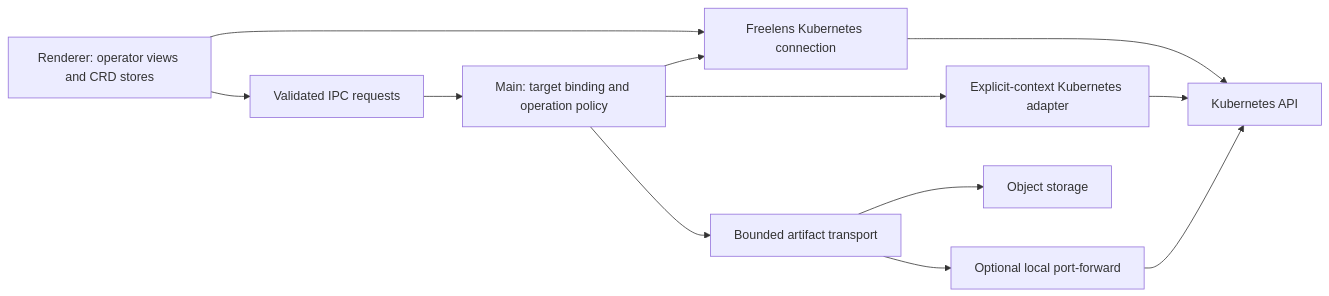
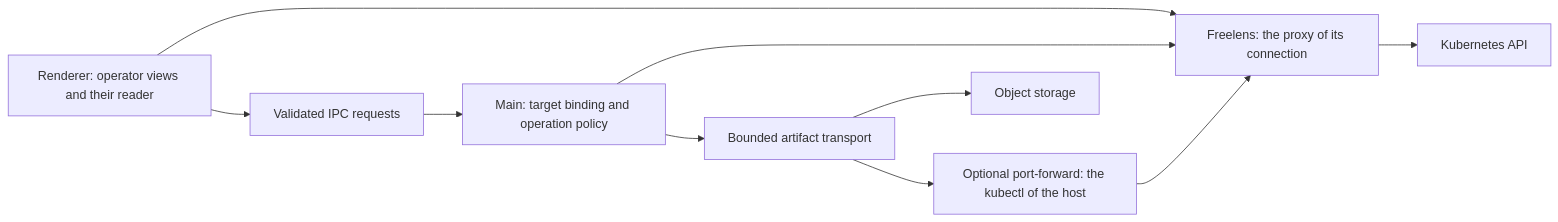
One commit to freelensapp/freelens-velero-extension changed the diagram in docs/development/ARCHITECTURE.md. Above: the diagram before and after it, drawn with Mermaid. The commit also changed other lines of this file and 180 other files, not shown here.

First line of the commit message:
Port the extension to the Freelens v2 extension API (#83)

````diff
--- a/docs/development/ARCHITECTURE.md
+++ b/docs/development/ARCHITECTURE.md
@@ -24,14 +29,12 @@
 ```mermaid
 flowchart LR
-  Renderer[Renderer: operator views and CRD stores] --> Host[Freelens Kubernetes connection]
+  Renderer[Renderer: operator views and their reader] --> Host[Freelens: the proxy of its connection]
   Renderer --> IPC[Validated IPC requests]
   IPC --> Main[Main: target binding and operation policy]
   Main --> Host
-  Main --> Direct[Explicit-context Kubernetes adapter]
   Host --> Kubernetes[Kubernetes API]
-  Direct --> Kubernetes
   Main --> Transport[Bounded artifact transport]
   Transport --> Store[Object storage]
-  Transport --> Forward[Optional local port-forward]
-  Forward --> Kubernetes
+  Transport --> Forward[Optional port-forward: the kubectl of the host]
+  Forward --> Host
 ```
````
